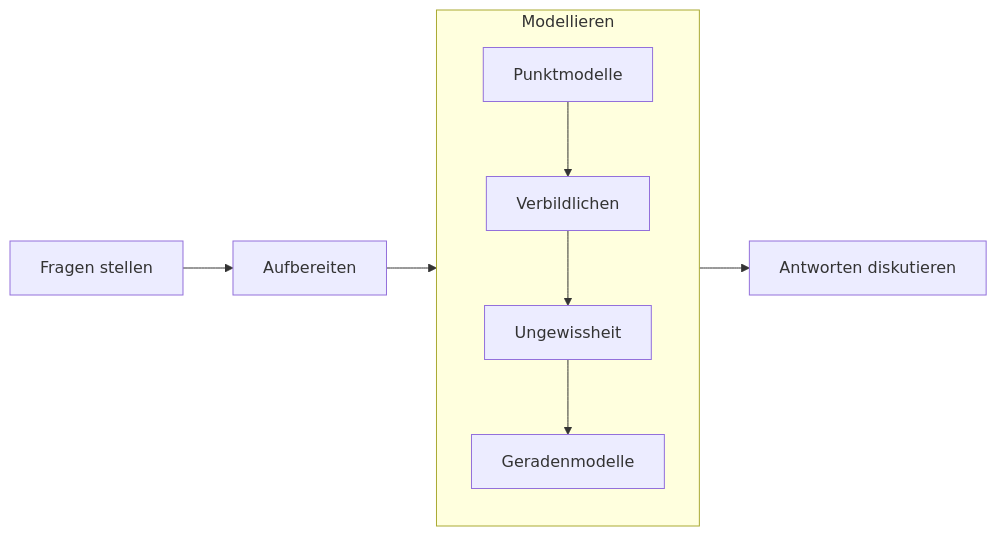
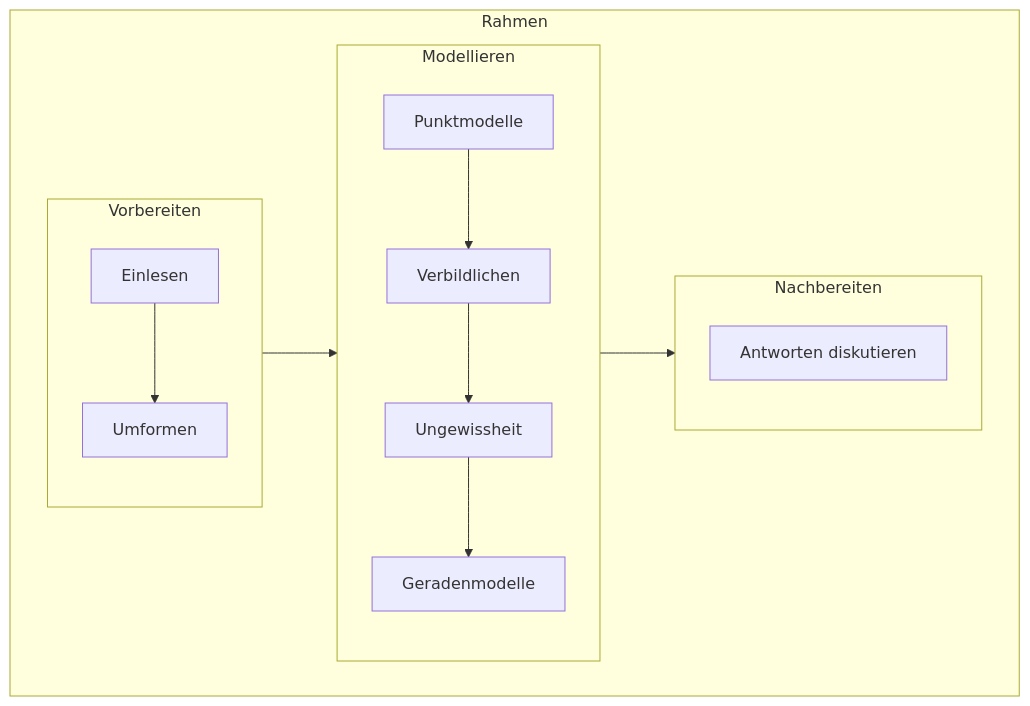
One commit to sebastiansauer/statistik1 changed the diagram in index.qmd. Above: the diagram before and after it, drawn with Mermaid. The commit also changed other lines of this file and 312 other files, not shown here.

````diff
--- a/index.qmd
+++ b/index.qmd
@@ -69,17 +69,29 @@
 ```{mermaid}
 %%| fig-cap: Überblick über den Inhalt und Verlauf des Buches
 %%| label: fig-ueberblick
 %%| out-width: "100%"
 
 flowchart LR
-  subgraph M[Modellieren]
-    direction TB
-    M1[Punktmodelle] --> Vis[Verbildlichen]
-    Vis --> U[Ungewissheit]
-    U --> G[Geradenmodelle]
+  subgraph R[Rahmen]
+    direction LR
+    subgraph V[Vorbereiten]
+      direction TB
+      E[Einlesen] --> Um[Umformen]
+    end
+    subgraph M[Modellieren]
+      direction TB
+      M1[Punktmodelle] --> Vis[Verbildlichen]
+      Vis --> U[Ungewissheit]
+      U --> G[Geradenmodelle]
+    end
+    subgraph N[Nachbereiten]
+      direction TB
+      D[Antworten diskutieren]
+    end
+  V --> M
+  M --> N
   end
-  A[Fragen stellen] --> Auf[Aufbereiten]
-  Auf --> M
-  M --> D[Antworten diskutieren]
+  
+
 
 ```
````
